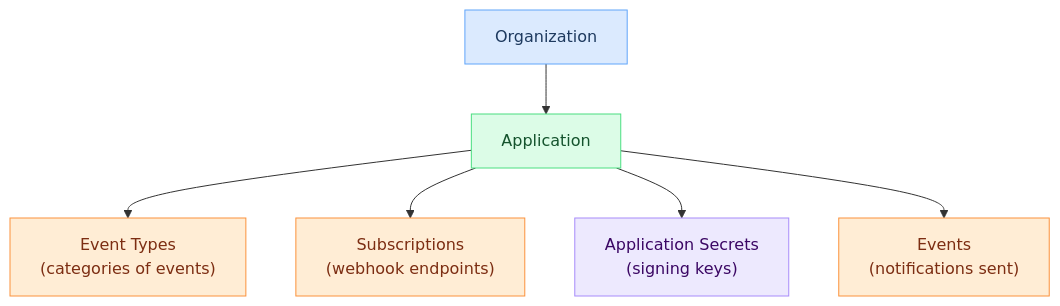
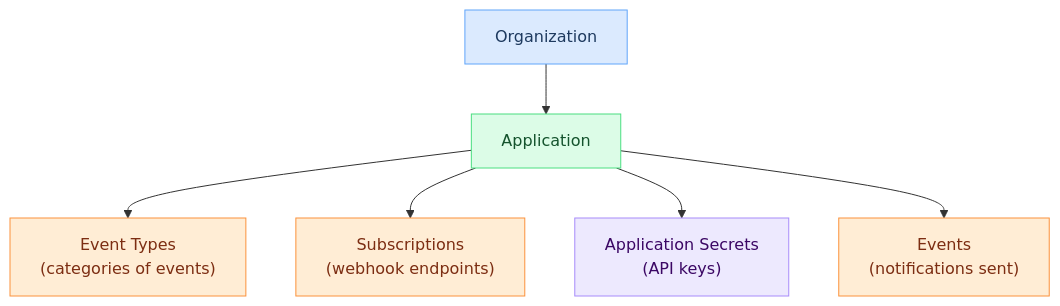
Before and after one commit to hook0/hook0: the diagram in documentation/concepts/applications.md, drawn with Mermaid. The commit also changed other lines of this file, not shown here.

Commit message:
fix(documentation): improve some details in application concept

````diff
--- a/documentation/concepts/applications.md
+++ b/documentation/concepts/applications.md
@@ -19,26 +19,26 @@
 ```mermaid
 flowchart TD
     ORG["Organization"]:::external
     APP["Application"]:::hook0
     ET["Event Types<br/>(categories of events)"]:::customer
     SUB["Subscriptions<br/>(webhook endpoints)"]:::customer
-    SEC["Application Secrets<br/>(signing keys)"]:::processing
+    SEC["Application Secrets<br/>(API keys)"]:::processing
     EVT["Events<br/>(notifications sent)"]:::customer
 
     ORG --> APP
     APP --> ET
     APP --> SUB
     APP --> SEC
     APP --> EVT
 
     classDef external fill:#dbeafe,stroke:#60a5fa,color:#1e3a5f
     classDef hook0 fill:#dcfce7,stroke:#4ade80,color:#14532d
     classDef customer fill:#ffedd5,stroke:#fb923c,color:#7c2d12
     classDef processing fill:#ede9fe,stroke:#a78bfa,color:#3b0764
 
     click ORG "/concepts/organizations" "Organizations"
     click ET "/concepts/event-types" "Event Types"
     click SUB "/concepts/subscriptions" "Subscriptions"
     click SEC "/concepts/application-secrets" "Application Secrets"
     click EVT "/concepts/events" "Events"
 ```
````
